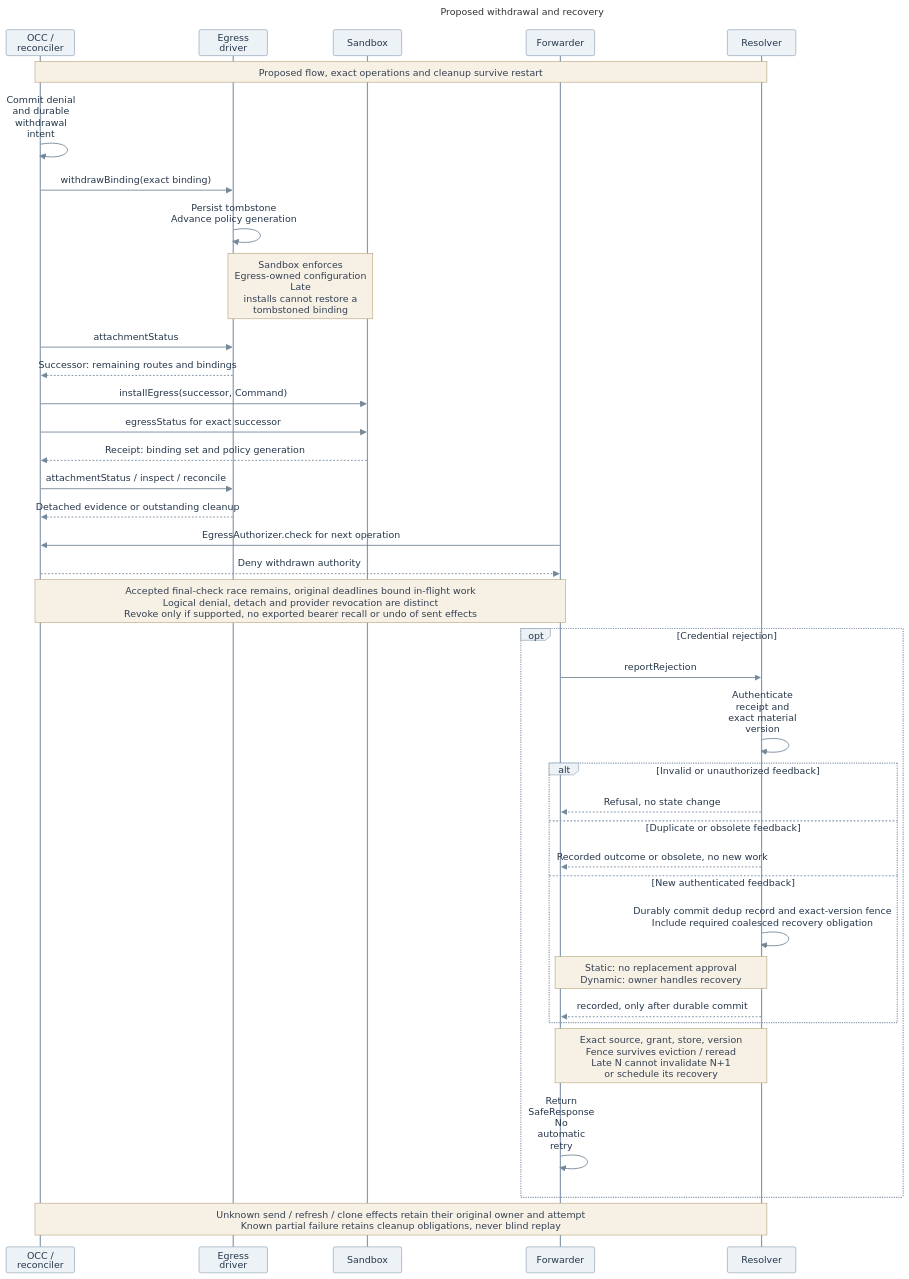
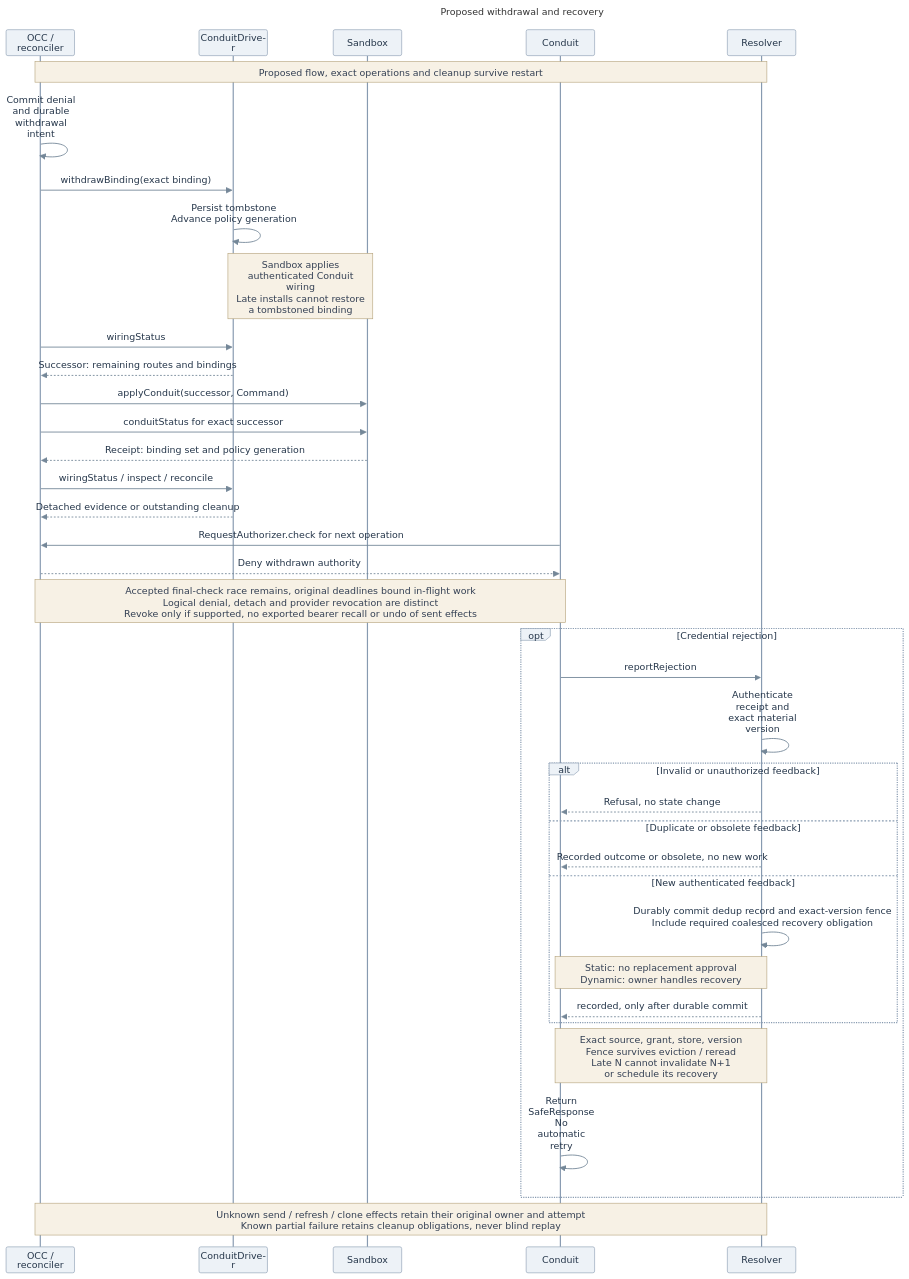
Before and after one commit to anmol0b/openclaw-enterprise: the diagram in specs/rfcs/0020-egress-proxy-credential-lifecycle/assets/revocation-recovery.mmd, drawn with Mermaid. The commit also changed 6 other files, not shown here.

Commit message:
Update Conduit diagrams and RFC index

```diff
--- a/specs/rfcs/0020-egress-proxy-credential-lifecycle/assets/revocation-recovery.mmd
+++ b/specs/rfcs/0020-egress-proxy-credential-lifecycle/assets/revocation-recovery.mmd
@@ -1,65 +1,65 @@
 ---
 title: "Proposed withdrawal and recovery"
 config:
   theme: base
   htmlLabels: true
   themeVariables:
     fontFamily: "Arial, sans-serif"
     fontSize: "16px"
     actorBkg: "#EDF2F7"
     actorBorder: "#879AB0"
     actorTextColor: "#25364A"
     noteBkgColor: "#F7F1E5"
     noteBorderColor: "#B3A078"
     noteTextColor: "#344054"
     signalColor: "#748798"
     signalTextColor: "#25364A"
   sequence:
     useMaxWidth: false
     actorMargin: 18
     width: 116
     height: 44
     diagramMarginX: 12
     diagramMarginY: 12
     messageMargin: 16
     noteMargin: 8
     mirrorActors: true
     wrap: true
 ---
 sequenceDiagram
   participant C as OCC / reconciler
-  participant E as Egress driver
+  participant E as ConduitDriver
   participant B as Sandbox
-  participant F as Forwarder
+  participant F as Conduit
   participant R as Resolver
   Note over C,R: Proposed flow, exact operations and cleanup survive restart
   C->>C: Commit denial and durable withdrawal intent
   C->>E: withdrawBinding(exact binding)
   E->>E: Persist tombstone<br/>Advance policy generation
-  Note over E,B: Sandbox enforces Egress-owned configuration<br/>Late installs cannot restore a tombstoned binding
-  C->>E: attachmentStatus
+  Note over E,B: Sandbox applies authenticated Conduit wiring<br/>Late installs cannot restore a tombstoned binding
+  C->>E: wiringStatus
   E-->>C: Successor: remaining routes and bindings
-  C->>B: installEgress(successor, Command)
-  C->>B: egressStatus for exact successor
+  C->>B: applyConduit(successor, Command)
+  C->>B: conduitStatus for exact successor
   B-->>C: Receipt: binding set and policy generation
-  C->>E: attachmentStatus / inspect / reconcile
+  C->>E: wiringStatus / inspect / reconcile
   E-->>C: Detached evidence or outstanding cleanup
-  F->>C: EgressAuthorizer.check for next operation
+  F->>C: RequestAuthorizer.check for next operation
   C-->>F: Deny withdrawn authority
   Note over C,F: Accepted final-check race remains, original deadlines bound in-flight work<br/>Logical denial, detach and provider revocation are distinct<br/>Revoke only if supported, no exported bearer recall or undo of sent effects
   opt Credential rejection
     F->>R: reportRejection
     R->>R: Authenticate receipt and exact material version
     alt Invalid or unauthorized feedback
       R-->>F: Refusal, no state change
     else Duplicate or obsolete feedback
       R-->>F: Recorded outcome or obsolete, no new work
     else New authenticated feedback
       R->>R: Durably commit dedup record and exact-version fence<br/>Include required coalesced recovery obligation
       Note over F,R: Static: no replacement approval<br/>Dynamic: owner handles recovery
       R-->>F: recorded, only after durable commit
     end
     Note over F,R: Exact source, grant, store, version<br/>Fence survives eviction / reread<br/>Late N cannot invalidate N+1<br/>or schedule its recovery
     F->>F: Return SafeResponse<br/>No automatic retry
   end
   Note over C,R: Unknown send / refresh / clone effects retain their original owner and attempt<br/>Known partial failure retains cleanup obligations, never blind replay
```
